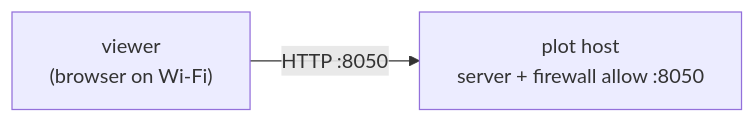
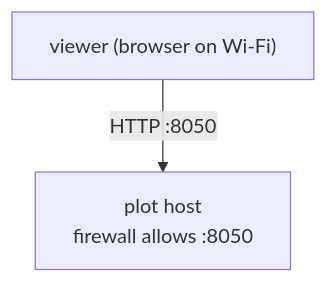
The third of 5 diagrams in docs/networking.md (jmontp/rtplot), drawn with Mermaid before and after one commit. The commit also changed other lines of this file and 1 other file, not shown here.

First line of the commit message:
Mermaid diagrams: switch flowcharts to TD orientation for mobile

````diff
--- a/docs/networking.md
+++ b/docs/networking.md
@@ -57,6 +57,6 @@
 ```mermaid
-flowchart LR
-    v["viewer<br/>(browser on Wi-Fi)"]
-    s["plot host<br/>server + firewall allow :8050"]
+flowchart TD
+    v["viewer (browser on Wi-Fi)"]
+    s["plot host<br/>firewall allows :8050"]
     v -- "HTTP :8050" --> s
 ```
````
